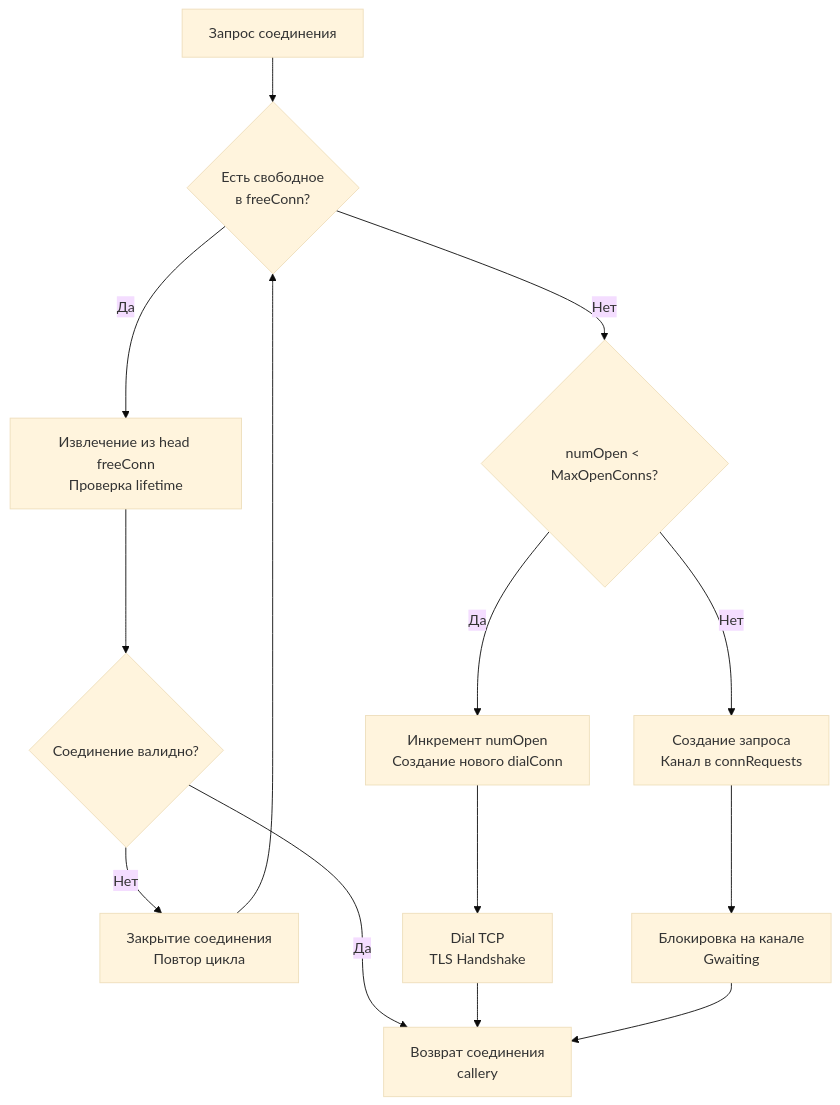
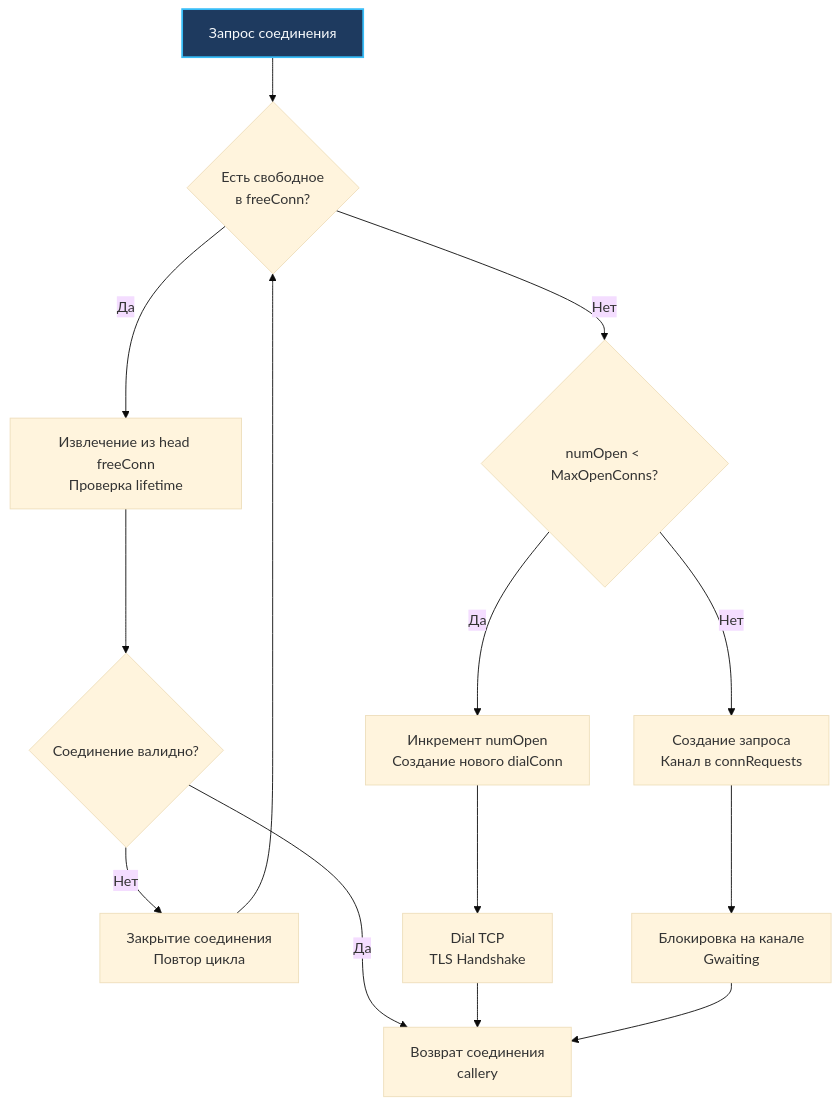
One commit to UnrealTemplier/go-textbook changed the diagram in sources/6. Стандартная библиотека Go/40. database_sql под капотом. Pooling, Tx, Prepared Statement.md. Above: the diagram before and after it, drawn with Mermaid (base theme). The commit also changed 1666 other files, not shown here.

First line of the commit message:
feat(mermaid): add semantic color classDef to 1369 colorless flowchart/graph diagrams

````diff
--- a/sources/6. Стандартная библиотека Go/40. database_sql под капотом. Pooling, Tx, Prepared Statement.md
+++ b/sources/6. Стандартная библиотека Go/40. database_sql под капотом. Pooling, Tx, Prepared Statement.md
@@ -20,16 +20,26 @@
 ```mermaid
 flowchart TD
-    A["Запрос соединения"] --> B{"Есть свободное<br>в freeConn?"}
+    classDef process  fill:#1e293b,stroke:#38bdf8,stroke-width:1px,color:#f8fafc
+    classDef success  fill:#064e3b,stroke:#34d399,stroke-width:1px,color:#f8fafc
+    classDef error    fill:#7f1d1d,stroke:#f87171,stroke-width:1px,color:#f8fafc
+    classDef warning  fill:#78350f,stroke:#fbbf24,stroke-width:1px,color:#f8fafc
+    classDef entry    fill:#1e3a5f,stroke:#38bdf8,stroke-width:2px,color:#f8fafc
+    classDef aux      fill:#334155,stroke:#64748b,stroke-width:1px,color:#f8fafc
+    classDef system   fill:#312e81,stroke:#a78bfa,stroke-width:1px,color:#f8fafc
+    classDef data     fill:#132d29,stroke:#2dd4bf,stroke-width:1px,color:#f8fafc
+    classDef network  fill:#881337,stroke:#fb7185,stroke-width:1px,color:#f8fafc
+    classDef accent   fill:#1e1b4b,stroke:#818cf8,stroke-width:1px,color:#f8fafc
+    A["Запрос соединения"]:::entry --> B{"Есть свободное<br>в freeConn?"}
     B -->|Да| C["Извлечение из head freeConn<br>Проверка lifetime"]
     B -->|Нет| D{"numOpen < MaxOpenConns?"}
     D -->|Да| E["Инкремент numOpen<br>Создание нового dialConn"]
     D -->|Нет| F["Создание запроса<br>Канал в connRequests"]
     C --> G{"Соединение валидно?"}
     G -->|Нет| H["Закрытие соединения<br>Повтор цикла"]
     G -->|Да| I["Возврат соединения<br>callerу"]
     E --> J["Dial TCP<br>TLS Handshake"]
     J --> I
     F --> K["Блокировка на канале<br>Gwaiting"]
     K --> I
     H --> B
 ```
````
